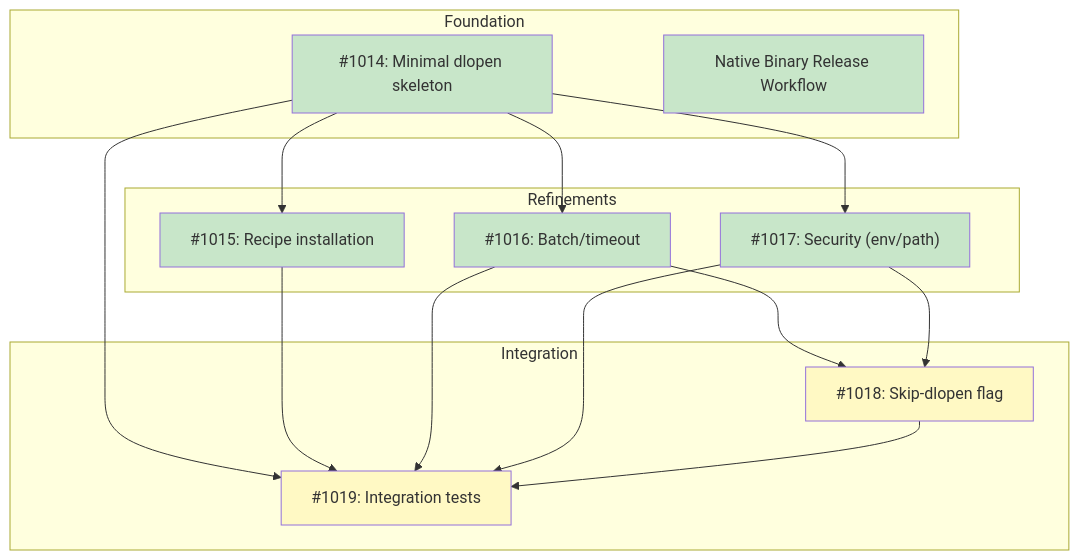
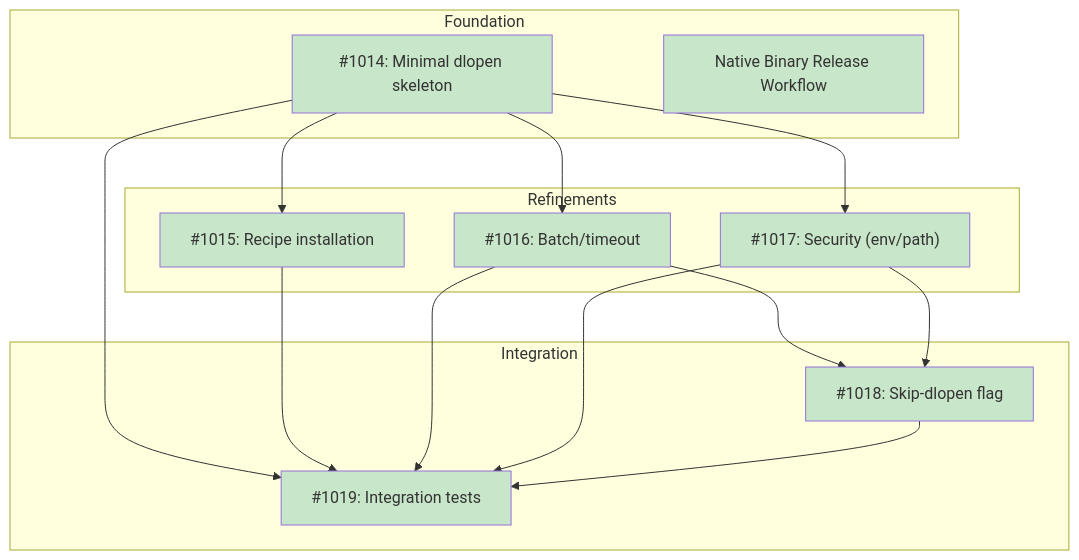
One commit to tsukumogami/tsuku changed the diagram in docs/designs/DESIGN-library-verify-dlopen.md. Above: the diagram before and after it, drawn with Mermaid.

Commit message:
docs(verify): mark issue #1019 as done

````diff
--- a/docs/designs/DESIGN-library-verify-dlopen.md
+++ b/docs/designs/DESIGN-library-verify-dlopen.md
@@ -28,37 +28,36 @@
 ```mermaid
 graph TD
     subgraph Foundation["Foundation"]
         I1014["#1014: Minimal dlopen skeleton"]
         NBRW["Native Binary Release Workflow"]
     end
 
     subgraph Refinements["Refinements"]
         I1015["#1015: Recipe installation"]
         I1016["#1016: Batch/timeout"]
         I1017["#1017: Security (env/path)"]
     end
 
     subgraph Integration["Integration"]
         I1018["#1018: Skip-dlopen flag"]
         I1019["#1019: Integration tests"]
     end
 
     I1014 --> I1015
     I1014 --> I1016
     I1014 --> I1017
     I1016 --> I1018
     I1017 --> I1018
     I1014 --> I1019
     I1015 --> I1019
     I1016 --> I1019
     I1017 --> I1019
     I1018 --> I1019
 
     classDef done fill:#c8e6c9
     classDef ready fill:#bbdefb
     classDef blocked fill:#fff9c4
     classDef needsDesign fill:#e1bee7
 
-    class I1014,I1015,I1016,I1017,NBRW done
-    class I1018,I1019 blocked
+    class I1014,I1015,I1016,I1017,I1018,I1019,NBRW done
 ```
````
